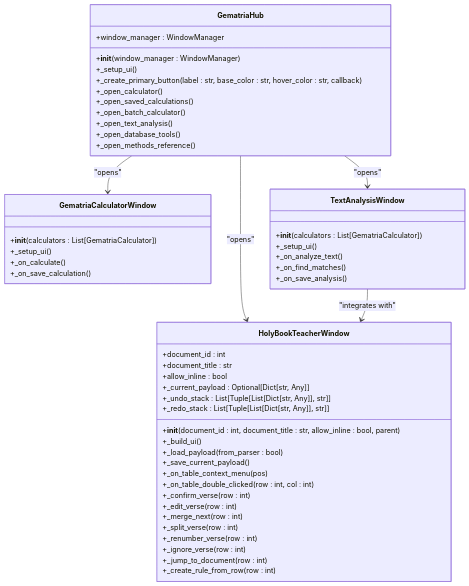
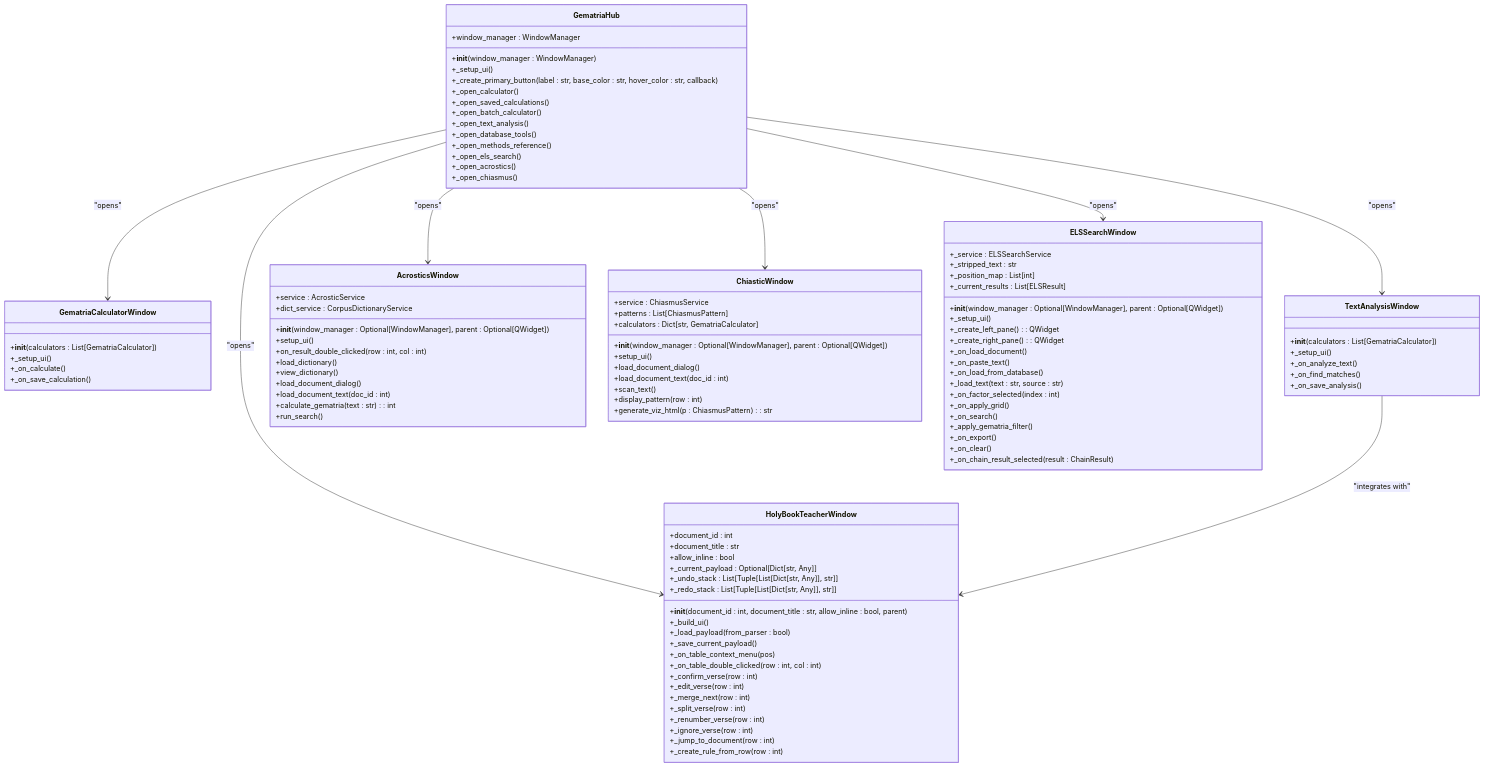
One commit to TheDaniel166/IsopGem changed the sixth of 8 diagrams in .qoder/repowiki/en/content/Architecture Overview/Pillar-Based Architecture/Gematria Pillar/Gematria Pillar.md. Above: the diagram before and after it, drawn with Mermaid. The commit also changed other lines of this file and 29 other files, not shown here.

````diff
--- a/.qoder/repowiki/en/content/Architecture Overview/Pillar-Based Architecture/Gematria Pillar/Gematria Pillar.md
+++ b/.qoder/repowiki/en/content/Architecture Overview/Pillar-Based Architecture/Gematria Pillar/Gematria Pillar.md
@@ -323,6 +446,9 @@
 +_open_text_analysis()
 +_open_database_tools()
 +_open_methods_reference()
++_open_els_search()
++_open_acrostics()
++_open_chiasmus()
 }
 class GematriaCalculatorWindow {
 +__init__(calculators : List[GematriaCalculator])
@@ -359,8 +485,57 @@
 +_jump_to_document(row : int)
 +_create_rule_from_row(row : int)
 }
+class AcrosticsWindow {
++service : AcrosticService
++dict_service : CorpusDictionaryService
++__init__(window_manager : Optional[WindowManager], parent : Optional[QWidget])
++setup_ui()
++on_result_double_clicked(row : int, col : int)
++load_dictionary()
++view_dictionary()
++load_document_dialog()
++load_document_text(doc_id : int)
++calculate_gematria(text : str) : int
++run_search()
+}
+class ChiasticWindow {
++service : ChiasmusService
++patterns : List[ChiasmusPattern]
++calculators : Dict[str, GematriaCalculator]
++__init__(window_manager : Optional[WindowManager], parent : Optional[QWidget])
++setup_ui()
++load_document_dialog()
++load_document_text(doc_id : int)
++scan_text()
++display_pattern(row : int)
++generate_viz_html(p : ChiasmusPattern) : str
+}
+class ELSSearchWindow {
++_service : ELSSearchService
++_stripped_text : str
++_position_map : List[int]
++_current_results : List[ELSResult]
++__init__(window_manager : Optional[WindowManager], parent : Optional[QWidget])
++_setup_ui()
++_create_left_pane() : QWidget
++_create_right_pane() : QWidget
++_on_load_document()
++_on_paste_text()
++_on_load_from_database()
++_load_text(text : str, source : str)
++_on_factor_selected(index : int)
++_on_apply_grid()
++_on_search()
++_apply_gematria_filter()
++_on_export()
++_on_clear()
++_on_chain_result_selected(result : ChainResult)
+}
 GematriaHub --> GematriaCalculatorWindow : "opens"
 GematriaHub --> TextAnalysisWindow : "opens"
 GematriaHub --> HolyBookTeacherWindow : "opens"
+GematriaHub --> AcrosticsWindow : "opens"
+GematriaHub --> ChiasticWindow : "opens"
+GematriaHub --> ELSSearchWindow : "opens"
 TextAnalysisWindow --> HolyBookTeacherWindow : "integrates with"
 ```
````
